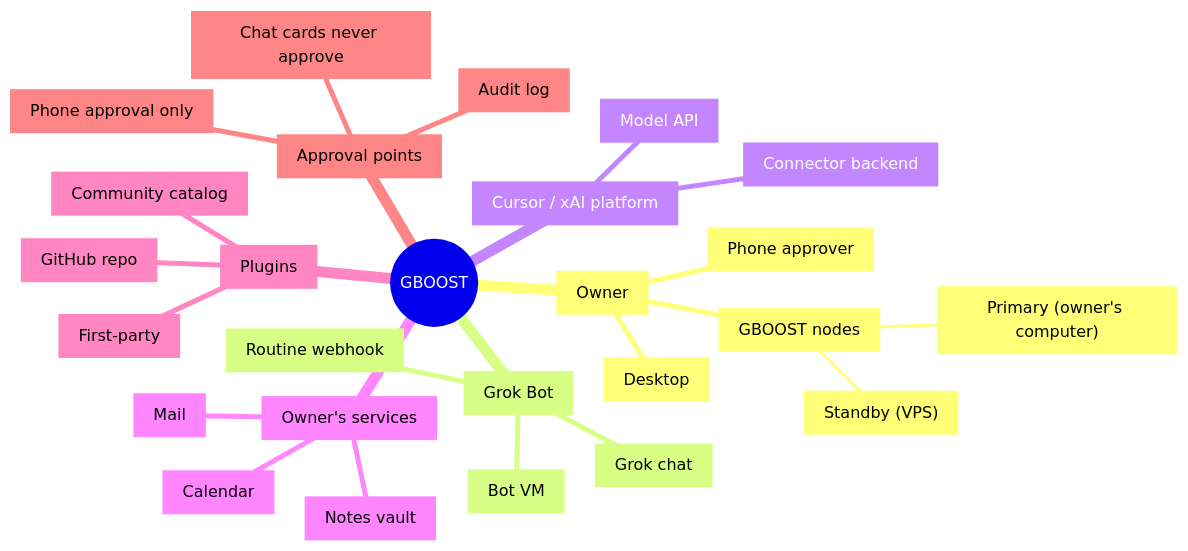
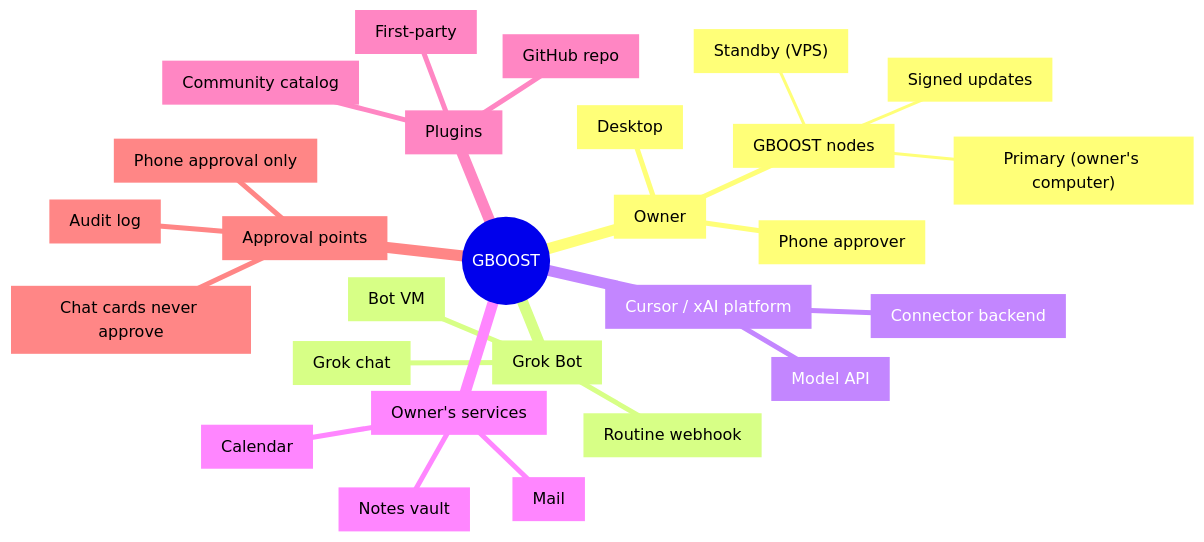
Before and after one commit to Deikus-LXXVII/gboost: the diagram in docs/maps/bastion-context.diagram.md, drawn with Mermaid. The commit also changed 8 other files, not shown here.

````diff
--- a/docs/maps/bastion-context.diagram.md
+++ b/docs/maps/bastion-context.diagram.md
@@ -5,29 +5,30 @@
 ```mermaid
 mindmap
   nruof5(("GBOOST"))
     yukfhw["Owner"]
       w66a0k["Phone approver"]
       ae35p0["Desktop"]
       92oqnw["GBOOST nodes"]
         cnxk1n["Primary (owner's computer)"]
         802w34["Standby (VPS)"]
+        0jpudu["Signed updates"]
     7kz9sv["Grok Bot"]
       bu1k30["Bot VM"]
       3es1gd["Grok chat"]
       ii6d42["Routine webhook"]
     kv2q5j["Cursor / xAI platform"]
       22d4x0["Connector backend"]
       cdy1m1["Model API"]
     3nzvvl["Owner's services"]
       i339j0["Mail"]
       yphzcw["Calendar"]
       xpzijq["Notes vault"]
     u9kx5t["Plugins"]
       5i3swe["First-party"]
       iwticj["Community catalog"]
       iubdze["GitHub repo"]
     t3ywi7["Approval points"]
       pfbm19["Phone approval only"]
       d9qeq5["Chat cards never approve"]
       zzebqr["Audit log"]
 ```
````
